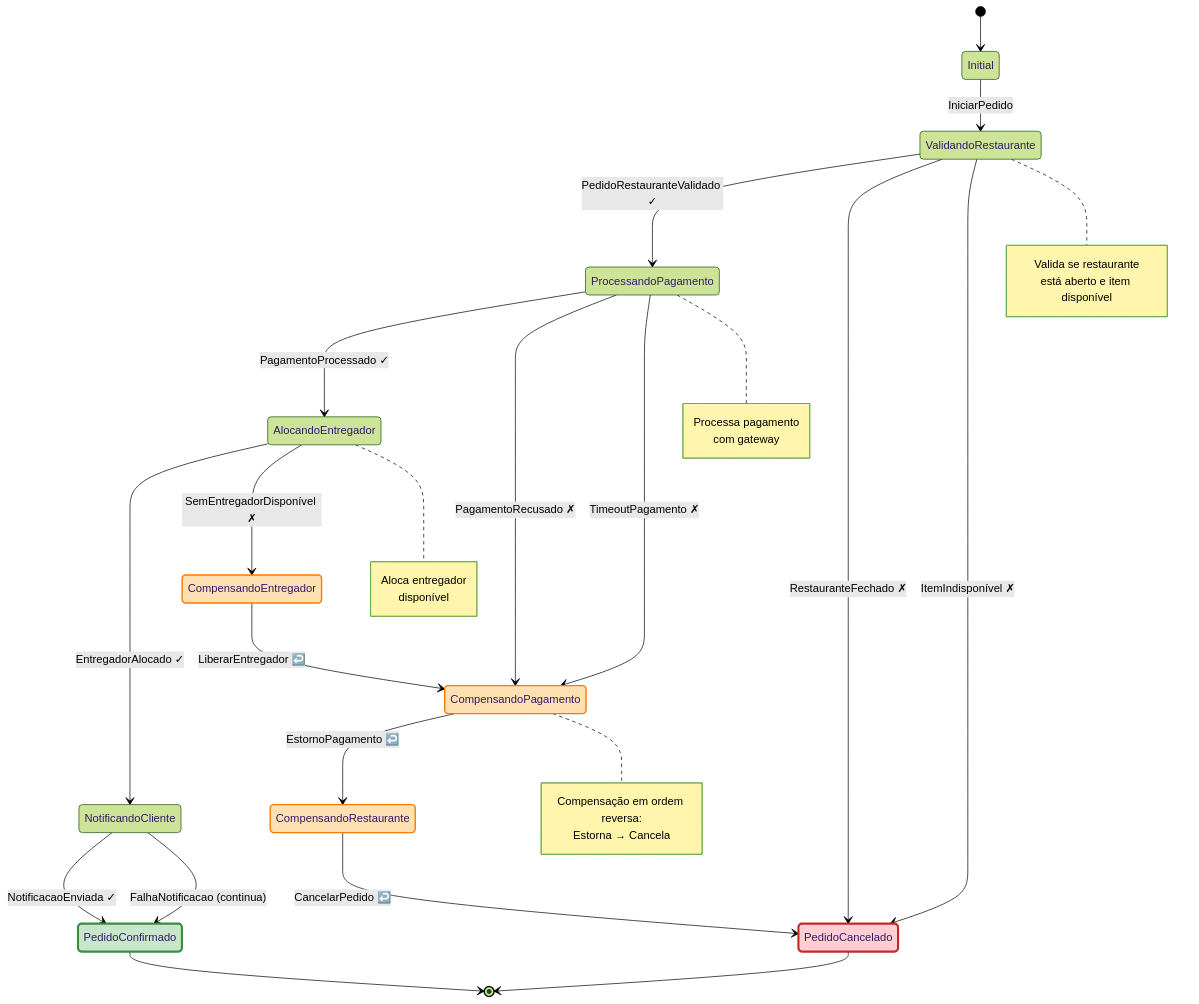
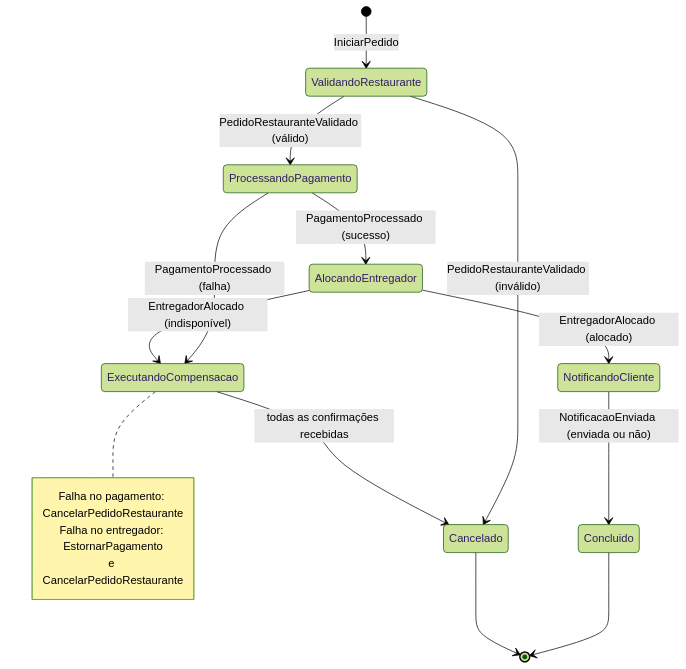
The second of 3 diagrams in docs/arquitetura.md (felipemarcianodev/saga-poc-dotnet), drawn with Mermaid (forest theme) before and after one commit. The commit also changed other lines of this file and 32 other files, not shown here.

````diff
--- a/docs/arquitetura.md
+++ b/docs/arquitetura.md
@@ -148,52 +124,26 @@
 ```mermaid
 stateDiagram-v2
-    [*] --> Initial
-    Initial --> ValidandoRestaurante: IniciarPedido
+    [*] --> ValidandoRestaurante: IniciarPedido
 
-    ValidandoRestaurante --> ProcessandoPagamento: PedidoRestauranteValidado ✓
-    ValidandoRestaurante --> PedidoCancelado: RestauranteFechado ✗
-    ValidandoRestaurante --> PedidoCancelado: ItemIndisponível ✗
+    ValidandoRestaurante --> ProcessandoPagamento: PedidoRestauranteValidado (válido)
+    ValidandoRestaurante --> Cancelado: PedidoRestauranteValidado (inválido)
 
-    ProcessandoPagamento --> AlocandoEntregador: PagamentoProcessado ✓
-    ProcessandoPagamento --> CompensandoPagamento: PagamentoRecusado ✗
-    ProcessandoPagamento --> CompensandoPagamento: TimeoutPagamento ✗
+    ProcessandoPagamento --> AlocandoEntregador: PagamentoProcessado (sucesso)
+    ProcessandoPagamento --> ExecutandoCompensacao: PagamentoProcessado (falha)
 
-    AlocandoEntregador --> NotificandoCliente: EntregadorAlocado ✓
-    AlocandoEntregador --> CompensandoEntregador: SemEntregadorDisponível ✗
+    AlocandoEntregador --> NotificandoCliente: EntregadorAlocado (alocado)
+    AlocandoEntregador --> ExecutandoCompensacao: EntregadorAlocado (indisponível)
 
-    NotificandoCliente --> PedidoConfirmado: NotificacaoEnviada ✓
-    NotificandoCliente --> PedidoConfirmado: FalhaNotificacao (continua)
+    NotificandoCliente --> Concluido: NotificacaoEnviada (enviada ou não)
 
-    CompensandoPagamento --> CompensandoRestaurante: EstornoPagamento ↩️
-    CompensandoEntregador --> CompensandoPagamento: LiberarEntregador ↩️
-    CompensandoRestaurante --> PedidoCancelado: CancelarPedido ↩️
+    ExecutandoCompensacao --> Cancelado: todas as confirmações recebidas
 
-    PedidoConfirmado --> [*]
-    PedidoCancelado --> [*]
+    Concluido --> [*]
+    Cancelado --> [*]
 
-    note right of ValidandoRestaurante
-        Valida se restaurante
-        está aberto e item disponível
+    note right of ExecutandoCompensacao
+        Falha no pagamento: CancelarPedidoRestaurante
+        Falha no entregador: EstornarPagamento
+        e CancelarPedidoRestaurante
     end note
-
-    note right of ProcessandoPagamento
-        Processa pagamento
-        com gateway
-    end note
-
-    note right of AlocandoEntregador
-        Aloca entregador
-        disponível
-    end note
-
-    note right of CompensandoPagamento
-        Compensação em ordem reversa:
-        Estorna → Cancela
-    end note
-
-    style PedidoConfirmado fill:#c8e6c9,stroke:#388e3c,stroke-width:3px
-    style PedidoCancelado fill:#ffcdd2,stroke:#c62828,stroke-width:3px
-    style CompensandoPagamento fill:#ffe0b2,stroke:#f57c00,stroke-width:2px
-    style CompensandoEntregador fill:#ffe0b2,stroke:#f57c00,stroke-width:2px
-    style CompensandoRestaurante fill:#ffe0b2,stroke:#f57c00,stroke-width:2px
 ```
````
